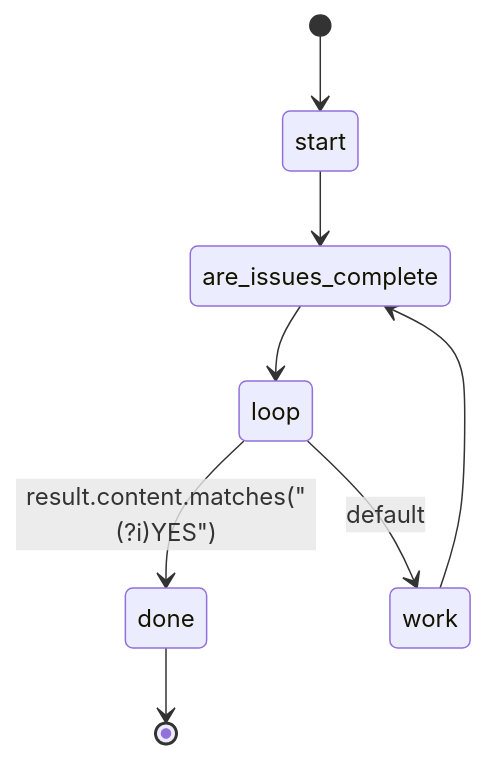
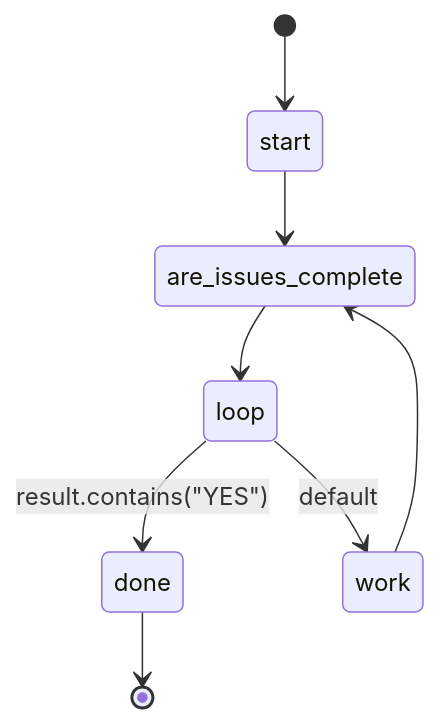
One commit to swissarmyhammer/swissarmyhammer changed the diagram in builtin/workflows/implement.md. Above: the diagram before and after it, drawn with Mermaid. The commit also changed 32 other files, not shown here.

````diff
--- a/builtin/workflows/implement.md
+++ b/builtin/workflows/implement.md
@@ -10,10 +10,10 @@
 ```mermaid
 stateDiagram-v2
     [*] --> start
     start --> are_issues_complete
     are_issues_complete --> loop
-    loop --> done: result.content.matches("(?i)YES")
+    loop --> done: result.contains("YES")
     loop --> work: default
     work --> are_issues_complete
     done --> [*]
 ```
````
